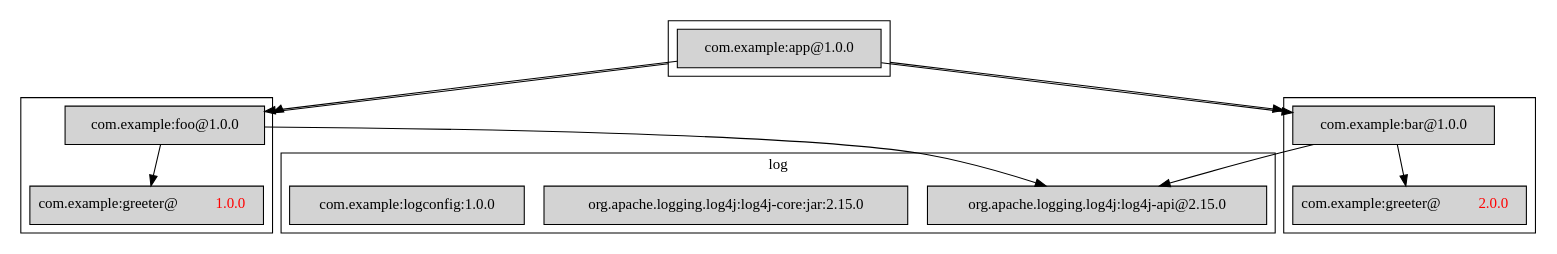
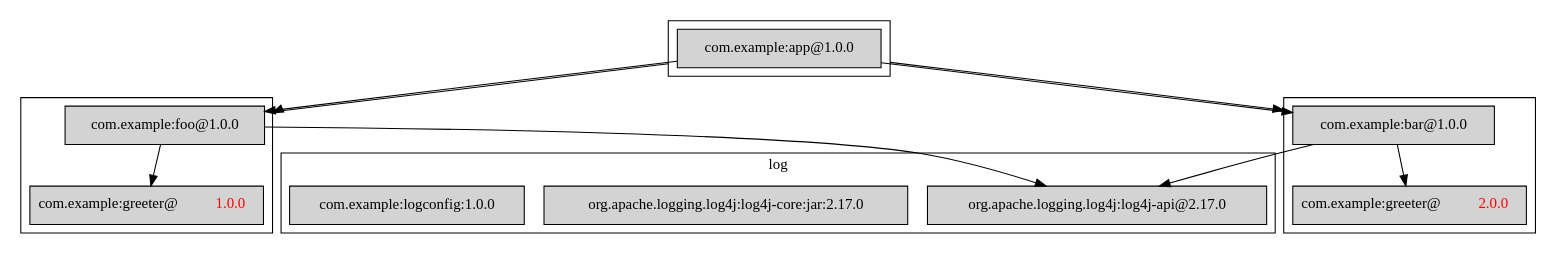
Before and after one commit to moditect/layrry: the diagram in images/example.dot, drawn with Graphviz. The commit also changed 8 other files, not shown here.

```diff
--- a/images/example.dot
+++ b/images/example.dot
@@ -1,45 +1,45 @@
 
 
 
 digraph "package dependencies"
 {
     node [shape=box]
     compound=true;
     
     subgraph cluster_log {
         node [style=filled];
-        "org.apache.logging.log4j:log4j-api@2.15.0"
-        "org.apache.logging.log4j:log4j-core:jar:2.15.0"
+        "org.apache.logging.log4j:log4j-api@2.17.0"
+        "org.apache.logging.log4j:log4j-core:jar:2.17.0"
         "com.example:logconfig:1.0.0"
     	label = "log";
     }
     
     subgraph cluster_foo {
         node [style=filled];
         
         
         "com.example:foo@1.0.0";
         "com.example:greeter@1.0.0" [label=<com.example:greeter@<font color='red'>1.0.0</font>>];
         
-        "com.example:foo@1.0.0" -> "org.apache.logging.log4j:log4j-api@2.15.0";
+        "com.example:foo@1.0.0" -> "org.apache.logging.log4j:log4j-api@2.17.0";
         "com.example:foo@1.0.0" -> "com.example:greeter@1.0.0";
     }
     
     subgraph cluster_bar {
         node [style=filled];
         
         "com.example:greeter@2.0.0" [label=<com.example:greeter@<font color='red'>2.0.0</font>>];
-        "com.example:bar@1.0.0" -> "org.apache.logging.log4j:log4j-api@2.15.0";
+        "com.example:bar@1.0.0" -> "org.apache.logging.log4j:log4j-api@2.17.0";
         "com.example:bar@1.0.0" -> "com.example:greeter@2.0.0";
     }
     
     subgraph cluster_app {
         node [style=filled];
         
         "com.example:app@1.0.0"  -> "com.example:foo@1.0.0";
         "com.example:app@1.0.0"  -> "com.example:bar@1.0.0";
         
         "com.example:app@1.0.0"  -> "com.example:foo@1.0.0" [ltail=cluster_app,lhead=cluster_foo];
         "com.example:app@1.0.0"  -> "com.example:bar@1.0.0" [ltail=cluster_app,lhead=cluster_bar];
     }
 }
```
